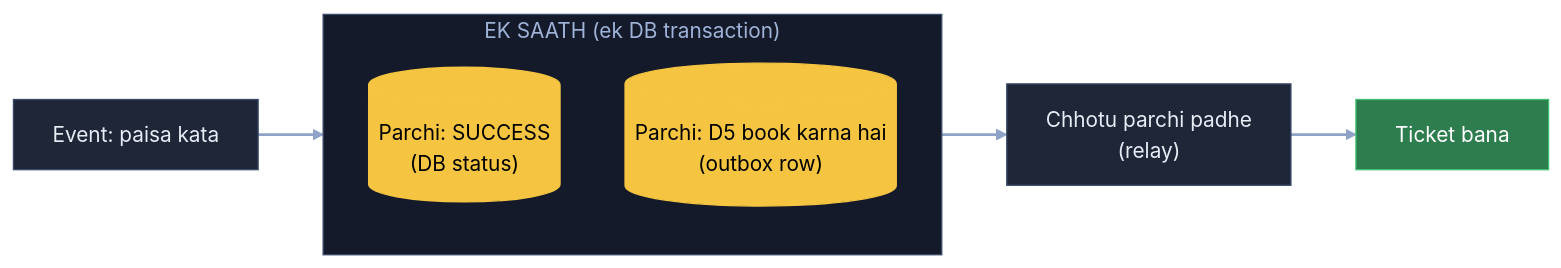
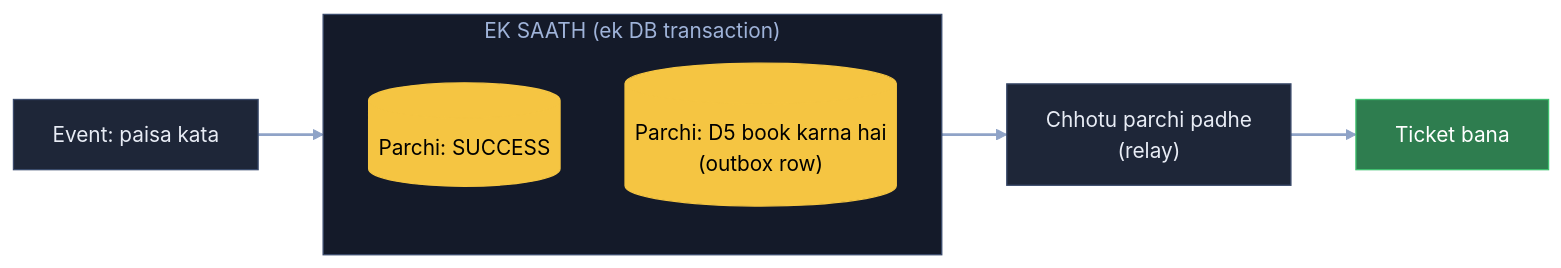
Before and after one commit to ArpanMaheshwari144/Prep: the eighth of 12 diagrams in 04_HLD/SYSTEM_DESIGNS/09_bookmyshow/09_bookmyshow.md, drawn with Mermaid. The commit also changed other lines of this file and 20 other files, not shown here.

Commit message:
Diagram: sirf hand notes wale naam rahe (66 apne joda naam hataye); README 22-Nov tak update

````diff
--- a/04_HLD/SYSTEM_DESIGNS/09_bookmyshow/09_bookmyshow.md
+++ b/04_HLD/SYSTEM_DESIGNS/09_bookmyshow/09_bookmyshow.md
@@ -400,14 +400,14 @@
 ```mermaid
 flowchart LR
     E["Event: paisa kata"]:::card --> T
     subgraph T["EK SAATH (ek DB transaction)"]
-        S[("Parchi: SUCCESS<br/>(DB status)")]:::pill
+        S[("Parchi: SUCCESS")]:::pill
         O[("Parchi: D5 book karna hai<br/>(outbox row)")]:::pill
     end
     T --> R["Chhotu parchi padhe<br/>(relay)"]:::card --> K["Ticket bana"]:::good
     linkStyle default stroke:#8fa3c7,stroke-width:2px
     classDef card fill:#1e2638,stroke:#3a4a6b,color:#e8ecf5
     classDef pill fill:#f5c542,stroke:#f5c542,color:#000
     classDef good fill:#2e7d4f,stroke:#3fbf6f,color:#fff
     style T fill:#141a29,stroke:#3a4a6b,color:#9fb3d9
 ```
````
